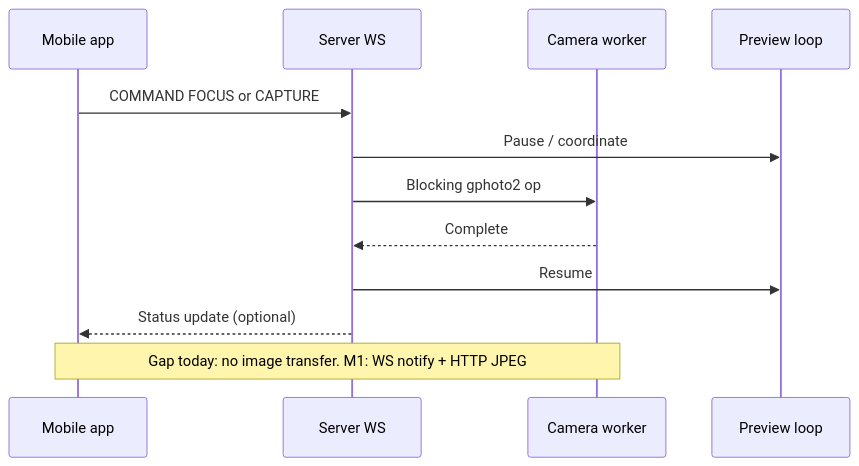
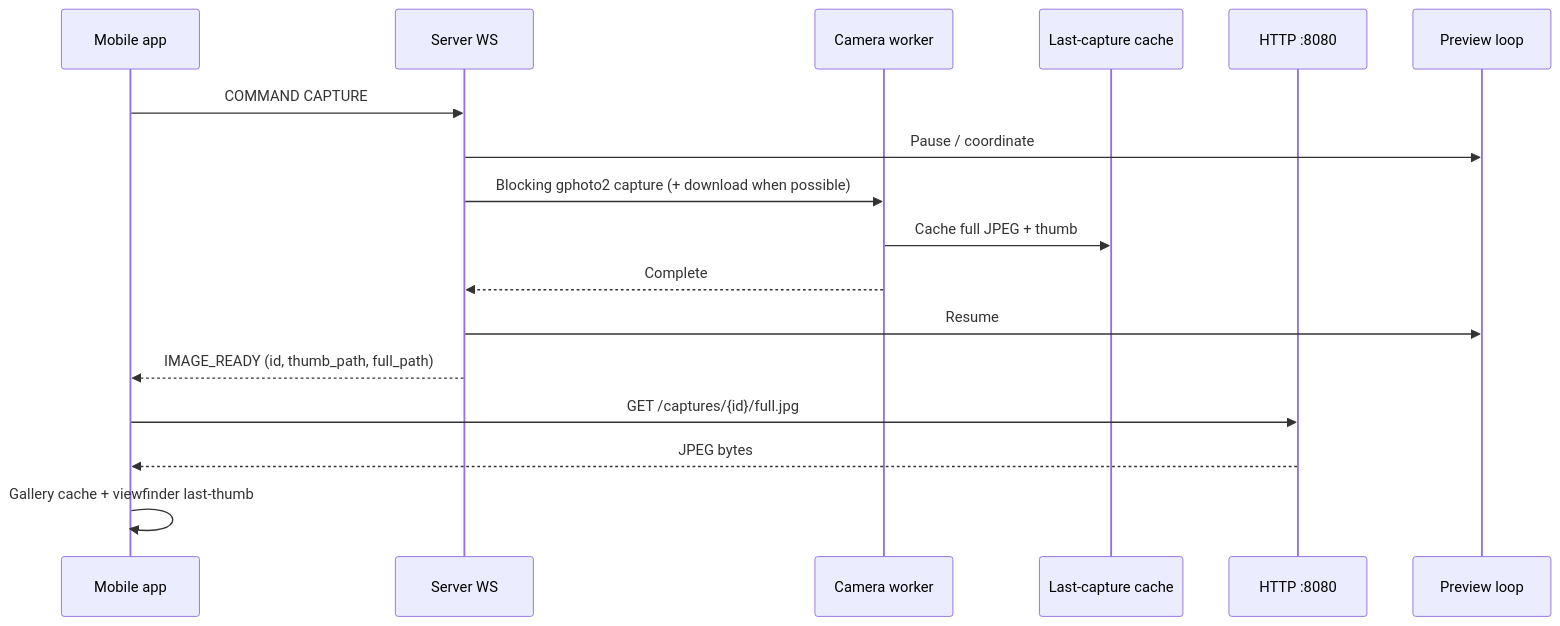
The third of 4 diagrams in docs/HLD.md (cjlawson02/5dcontrol), drawn with Mermaid before and after one commit. The commit also changed other lines of this file and 34 other files, not shown here.

First line of the commit message:
feat: close capture→review loop with IMAGE_READY and HTTP stills

````diff
--- a/docs/HLD.md
+++ b/docs/HLD.md
@@ -139,15 +147,20 @@
 ```mermaid
 sequenceDiagram
   participant App as Mobile app
   participant WS as Server WS
   participant Cam as Camera worker
+  participant Store as Last-capture cache
+  participant HTTP as HTTP :8080
   participant Preview as Preview loop
 
-  App->>WS: COMMAND FOCUS or CAPTURE
+  App->>WS: COMMAND CAPTURE
   WS->>Preview: Pause / coordinate
-  WS->>Cam: Blocking gphoto2 op
+  WS->>Cam: Blocking gphoto2 capture (+ download when possible)
+  Cam->>Store: Cache full JPEG + thumb
   Cam-->>WS: Complete
   WS->>Preview: Resume
-  WS-->>App: Status update (optional)
-  Note over App,Cam: Gap today: no image transfer. M1: WS notify + HTTP JPEG
+  WS-->>App: IMAGE_READY (id, thumb_path, full_path)
+  App->>HTTP: GET /captures/{id}/full.jpg
+  HTTP-->>App: JPEG bytes
+  App->>App: Gallery cache + viewfinder last-thumb
 ```
````
